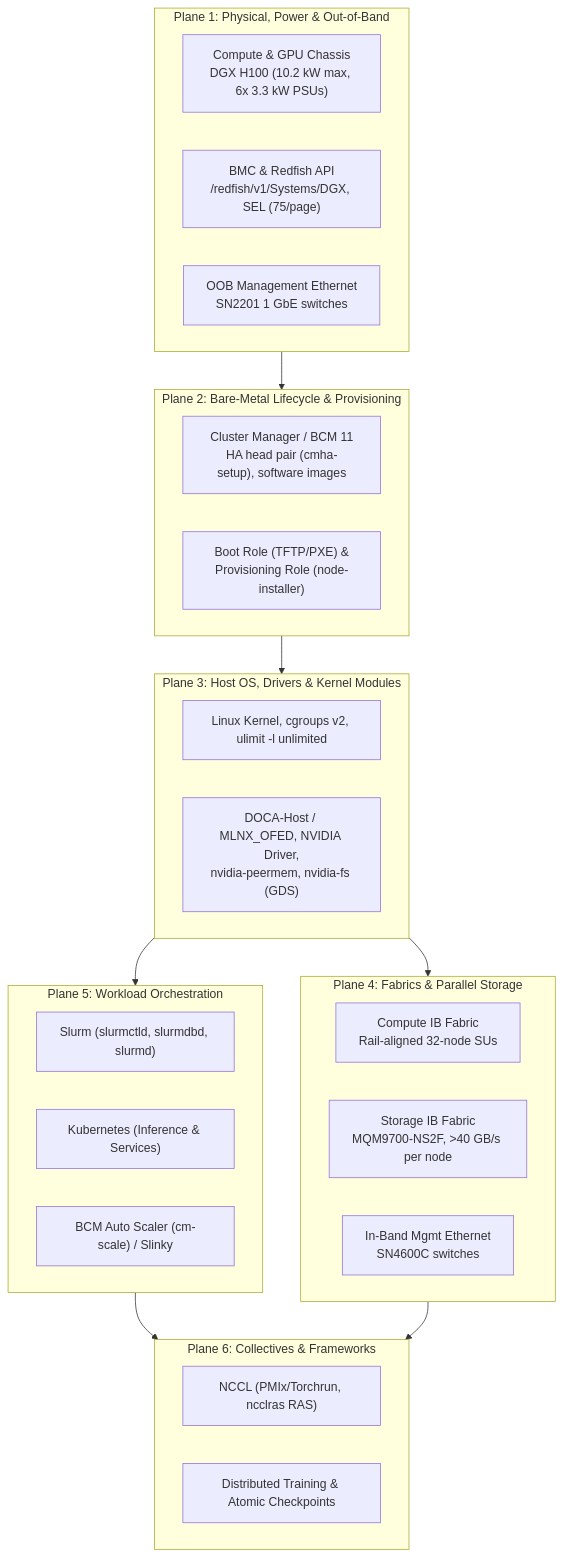
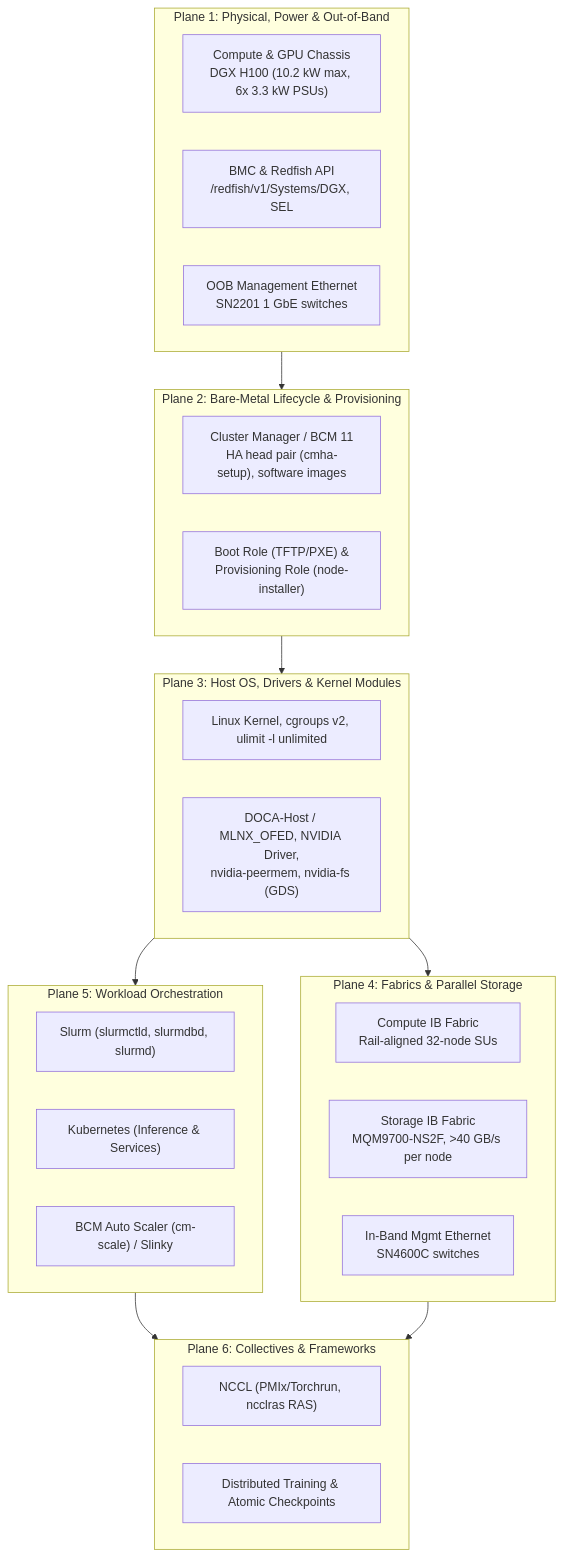
One commit to jithinpnjm/ai-infra-handbook changed the second of 3 diagrams in docs/part-06-hpc-slurm/31-capstone-build-and-operate-a-small-slurm-gpu-cluster.md. Above: the diagram before and after it, drawn with Mermaid. The commit also changed other lines of this file and 7 other files, not shown here.

````diff
--- a/docs/part-06-hpc-slurm/31-capstone-build-and-operate-a-small-slurm-gpu-cluster.md
+++ b/docs/part-06-hpc-slurm/31-capstone-build-and-operate-a-small-slurm-gpu-cluster.md
@@ -85,32 +85,32 @@
 ```mermaid
 flowchart TD
     subgraph L1["Plane 1: Physical, Power & Out-of-Band"]
         HW["Compute & GPU Chassis<br/>DGX H100 (10.2 kW max, 6x 3.3 kW PSUs)"]
-        BMC["BMC & Redfish API<br/>/redfish/v1/Systems/DGX, SEL (75/page)"]
+        BMC["BMC & Redfish API<br/>/redfish/v1/Systems/DGX, SEL"]
         OOB["OOB Management Ethernet<br/>SN2201 1 GbE switches"]
     end
     subgraph L2["Plane 2: Bare-Metal Lifecycle & Provisioning"]
         MGR["Cluster Manager / BCM 11<br/>HA head pair (cmha-setup), software images"]
         ROLES["Boot Role (TFTP/PXE) &<br/>Provisioning Role (node-installer)"]
     end
     subgraph L3["Plane 3: Host OS, Drivers & Kernel Modules"]
         OS["Linux Kernel, cgroups v2, ulimit -l unlimited"]
         DRV["DOCA-Host / MLNX_OFED, NVIDIA Driver,<br/>nvidia-peermem, nvidia-fs (GDS)"]
     end
     subgraph L4["Plane 4: Fabrics & Parallel Storage"]
         COMP["Compute IB Fabric<br/>Rail-aligned 32-node SUs"]
         STOR["Storage IB Fabric<br/>MQM9700-NS2F, >40 GB/s per node"]
         INB["In-Band Mgmt Ethernet<br/>SN4600C switches"]
     end
     subgraph L5["Plane 5: Workload Orchestration"]
         SLURM["Slurm (slurmctld, slurmdbd, slurmd)"]
         K8S["Kubernetes (Inference & Services)"]
         SCALE["BCM Auto Scaler (cm-scale) / Slinky"]
     end
     subgraph L6["Plane 6: Collectives & Frameworks"]
         NCCL["NCCL (PMIx/Torchrun, ncclras RAS)"]
         APP["Distributed Training & Atomic Checkpoints"]
     end
     L1 --> L2 --> L3 --> L5 --> L6
     L3 --> L4 --> L6
 ```
````
